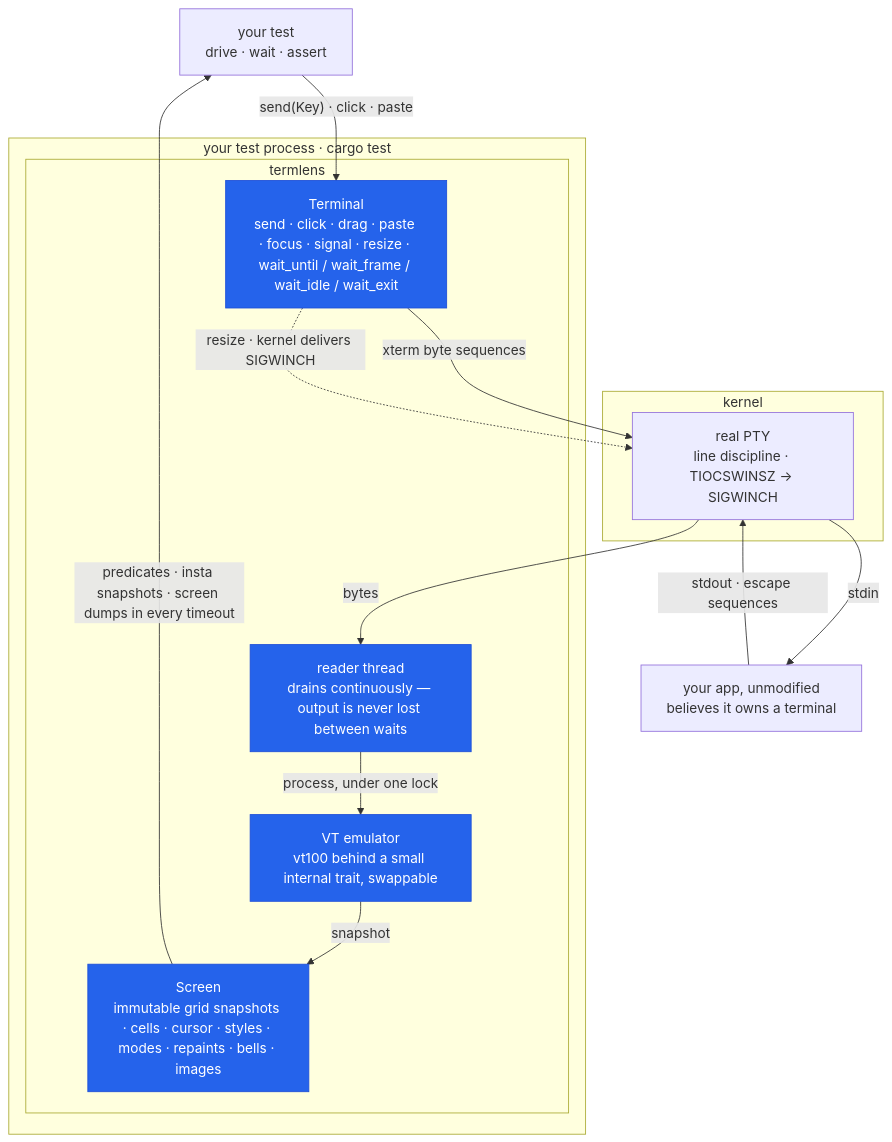
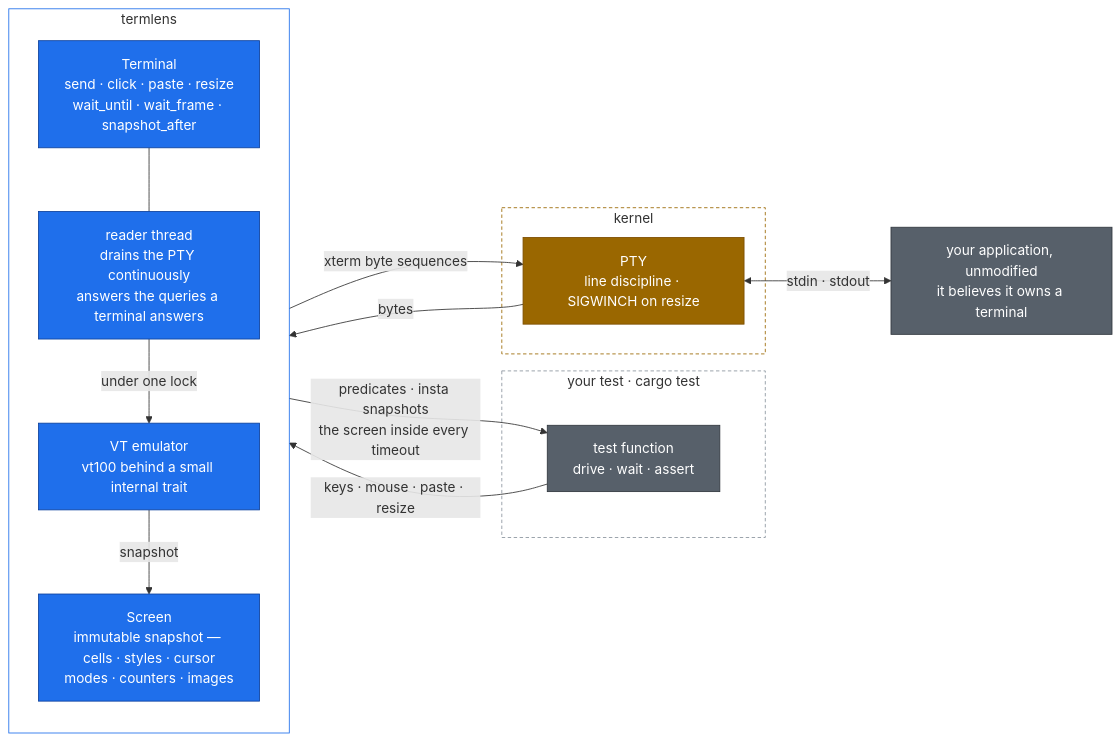
Before and after one commit to vyncint/termlens: the diagram in README.md, drawn with Mermaid. The commit also changed other lines of this file and 3 other files, not shown here.

````diff
--- a/README.md
+++ b/README.md
@@ -109,28 +85,36 @@
 ```mermaid
-flowchart TB
-  test["your test<br/>drive · wait · assert"]
-  subgraph proc["your test process · cargo test"]
-    subgraph tt["termlens"]
-      api["Terminal<br/>send · click · drag · paste · focus · signal · resize · wait_until / wait_frame / wait_idle / wait_exit"]
-      reader["reader thread<br/>drains continuously — output is never lost between waits"]
-      emu["VT emulator<br/>vt100 behind a small internal trait, swappable"]
-      screen["Screen<br/>immutable grid snapshots · cells · cursor · styles · modes · repaints · bells · images"]
-    end
+flowchart LR
+  subgraph yours["your test · cargo test"]
+    test["test function<br/>drive · wait · assert"]
   end
-  subgraph kernel["kernel"]
-    PTY["real PTY<br/>line discipline · TIOCSWINSZ → SIGWINCH"]
+  subgraph lens["termlens"]
+    direction TB
+    api["Terminal<br/>send · click · paste · resize<br/>wait_until · wait_frame · snapshot_after"]
+    reader["reader thread<br/>drains the PTY continuously<br/>answers the queries a terminal answers"]
+    emu["VT emulator<br/>vt100 behind a small internal trait"]
+    screen["Screen<br/>immutable snapshot — cells · styles · cursor<br/>modes · counters · images"]
+    api --- reader
+    reader -->|"under one lock"| emu
+    emu -->|"snapshot"| screen
   end
-  app["your app, unmodified<br/>believes it owns a terminal"]
+  subgraph os["kernel"]
+    pty["PTY<br/>line discipline · SIGWINCH on resize"]
+  end
+  app["your application, unmodified<br/>it believes it owns a terminal"]
 
-  test -->|"send(Key) · click · paste"| api
-  api -->|"xterm byte sequences"| PTY
-  api -.->|"resize · kernel delivers SIGWINCH"| PTY
-  PTY -->|stdin| app
-  app -->|"stdout · escape sequences"| PTY
-  PTY -->|bytes| reader
-  reader -->|"process, under one lock"| emu
-  emu -->|"snapshot"| screen
-  screen -->|"predicates · insta snapshots · screen dumps in every timeout"| test
-  classDef ours fill:#2563eb,color:#ffffff,stroke:#1d4ed8,stroke-width:1px;
-  class api,reader,emu,screen ours
+  test -->|"keys · mouse · paste · resize"| api
+  api -->|"xterm byte sequences"| pty
+  pty <-->|"stdin · stdout"| app
+  pty -->|"bytes"| reader
+  screen -->|"predicates · insta snapshots<br/>the screen inside every timeout"| test
+
+  classDef lens fill:#1f6feb,stroke:#0d419d,color:#ffffff,stroke-width:1px
+  classDef yours fill:#57606a,stroke:#32383f,color:#ffffff,stroke-width:1px
+  classDef os fill:#9a6700,stroke:#7d4e00,color:#ffffff,stroke-width:1px
+  class api,reader,emu,screen lens
+  class test,app yours
+  class pty os
+  style yours fill:none,stroke:#8b949e,stroke-dasharray:4 3
+  style lens fill:none,stroke:#1f6feb
+  style os fill:none,stroke:#9a6700,stroke-dasharray:4 3
 ```
````
